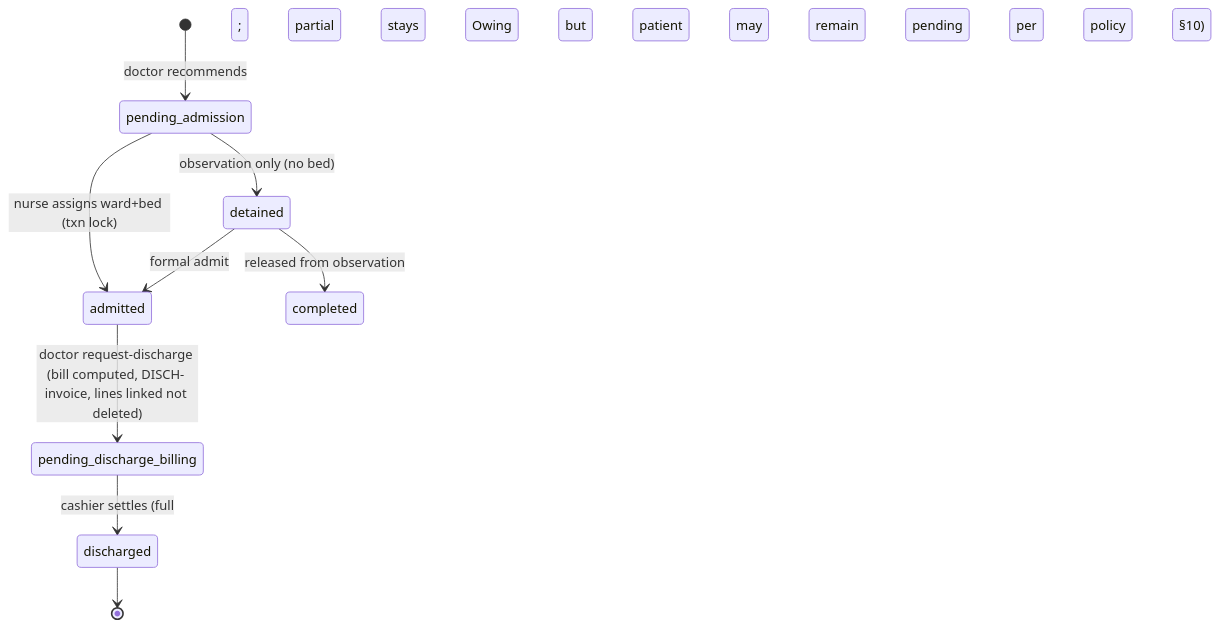
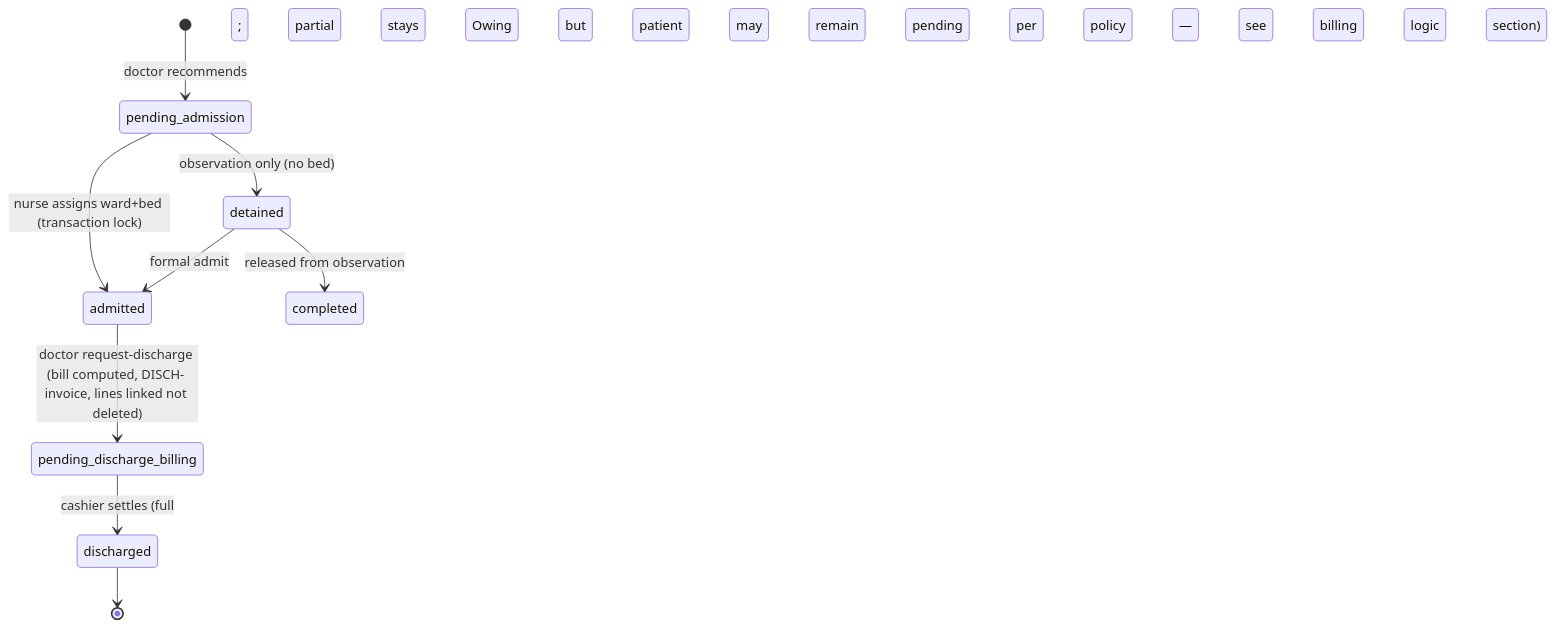
Before and after one commit to Zikobyte/zikobyteHMRsystem: the seventh of 10 diagrams in docs/SYSTEM_DESIGN_GUIDE.md, drawn with Mermaid. The commit also changed other lines of this file, not shown here.

````diff
--- a/docs/SYSTEM_DESIGN_GUIDE.md
+++ b/docs/SYSTEM_DESIGN_GUIDE.md
@@ -321,11 +366,11 @@
 ```mermaid
 stateDiagram-v2
   [*] --> pending_admission: doctor recommends
-  pending_admission --> admitted: nurse assigns ward+bed (txn lock)
+  pending_admission --> admitted: nurse assigns ward+bed (transaction lock)
   pending_admission --> detained: observation only (no bed)
   detained --> admitted: formal admit
   detained --> completed: released from observation
   admitted --> pending_discharge_billing: doctor request-discharge (bill computed, DISCH- invoice, lines linked not deleted)
-  pending_discharge_billing --> discharged: cashier settles (full; partial stays Owing but patient may remain pending per policy §10)
+  pending_discharge_billing --> discharged: cashier settles (full; partial stays Owing but patient may remain pending per policy — see billing logic section)
   discharged --> [*]
 ```
````
